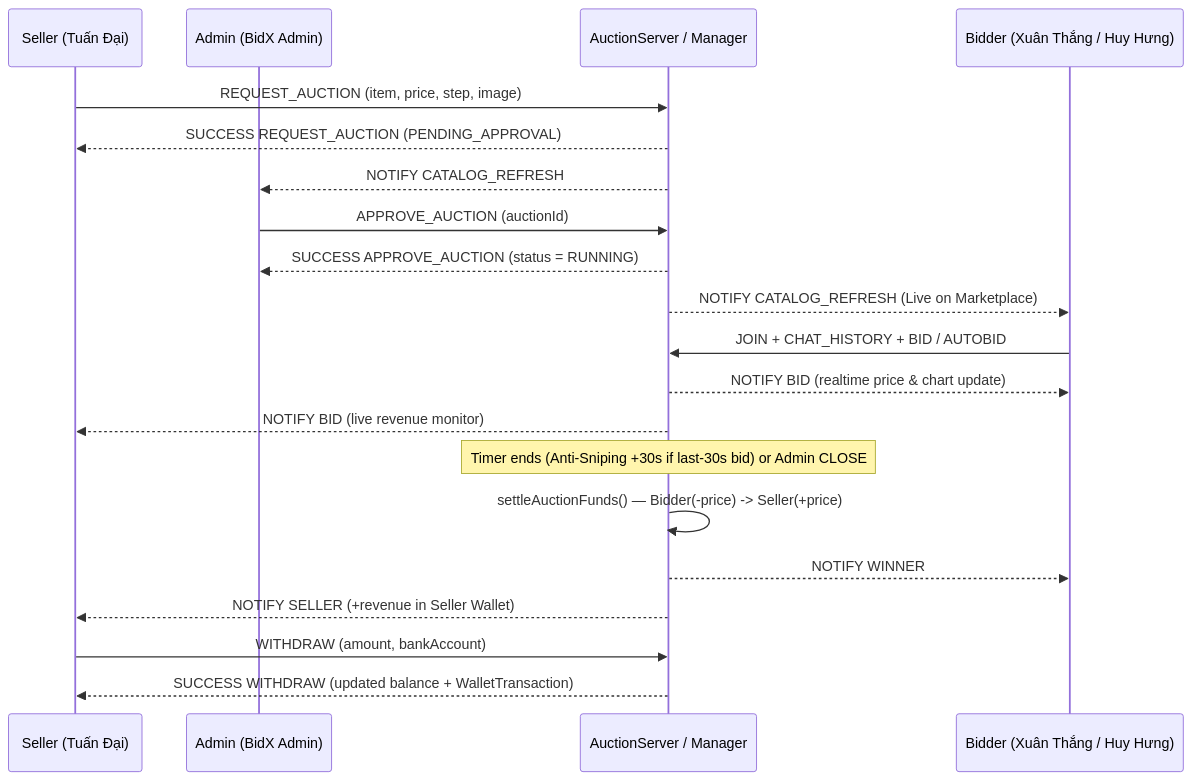
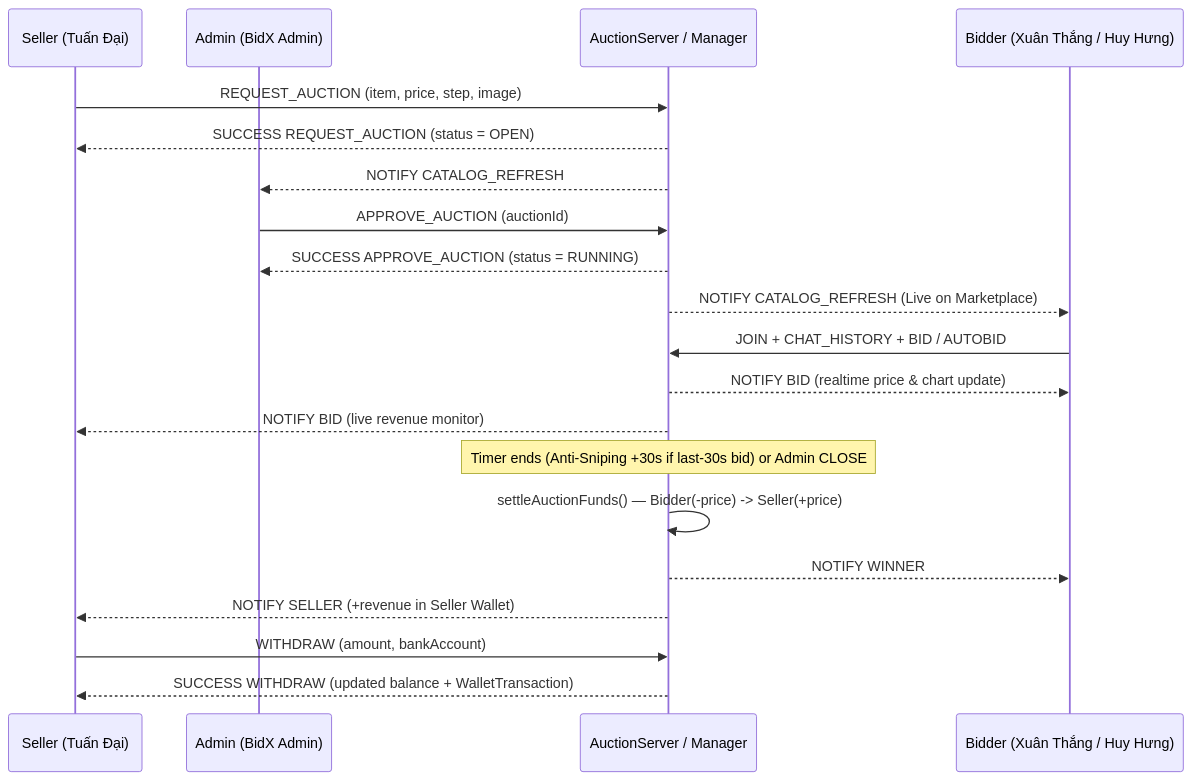
The second of 2 diagrams in README.md (miraidaihirai/advanced-auction-system), drawn with Mermaid before and after one commit. The commit also changed other lines of this file and 32 other files, not shown here.

````diff
--- a/README.md
+++ b/README.md
@@ -317,27 +317,27 @@
 ```mermaid
 sequenceDiagram
     participant S as Seller (Tuấn Đại)
     participant A as Admin (BidX Admin)
     participant SV as AuctionServer / Manager
     participant B as Bidder (Xuân Thắng / Huy Hưng)
 
     S->>SV: REQUEST_AUCTION (item, price, step, image)
-    SV-->>S: SUCCESS REQUEST_AUCTION (PENDING_APPROVAL)
+    SV-->>S: SUCCESS REQUEST_AUCTION (status = OPEN)
     SV-->>A: NOTIFY CATALOG_REFRESH
 
     A->>SV: APPROVE_AUCTION (auctionId)
     SV-->>A: SUCCESS APPROVE_AUCTION (status = RUNNING)
     SV-->>B: NOTIFY CATALOG_REFRESH (Live on Marketplace)
 
     B->>SV: JOIN + CHAT_HISTORY + BID / AUTOBID
     SV-->>B: NOTIFY BID (realtime price & chart update)
     SV-->>S: NOTIFY BID (live revenue monitor)
 
     Note over SV: Timer ends (Anti-Sniping +30s if last-30s bid) or Admin CLOSE
     SV->>SV: settleAuctionFunds() — Bidder(-price) -> Seller(+price)
     SV-->>B: NOTIFY WINNER
     SV-->>S: NOTIFY SELLER (+revenue in Seller Wallet)
 
     S->>SV: WITHDRAW (amount, bankAccount)
     SV-->>S: SUCCESS WITHDRAW (updated balance + WalletTransaction)
 ```
````
